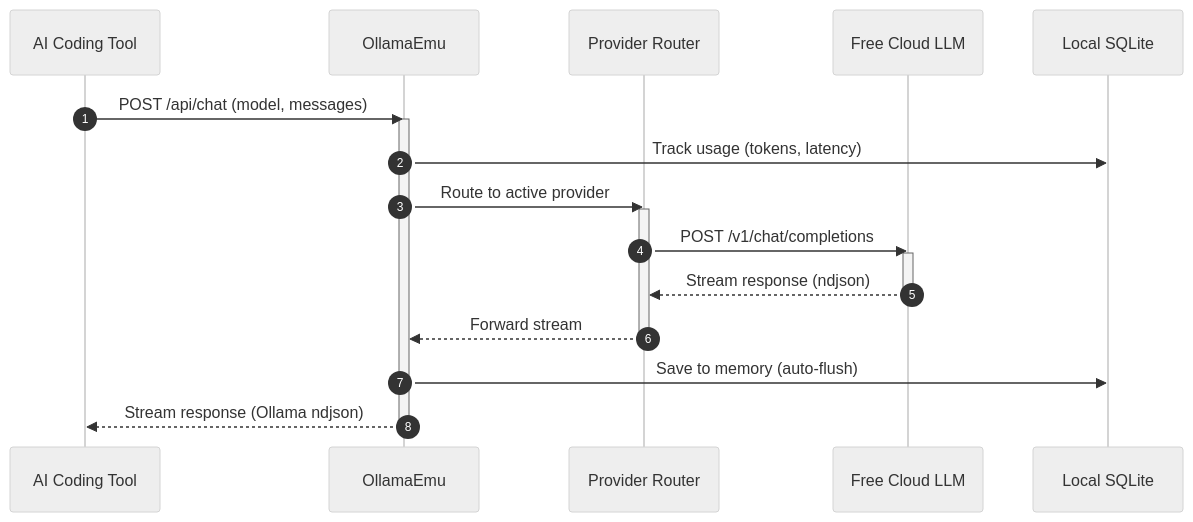
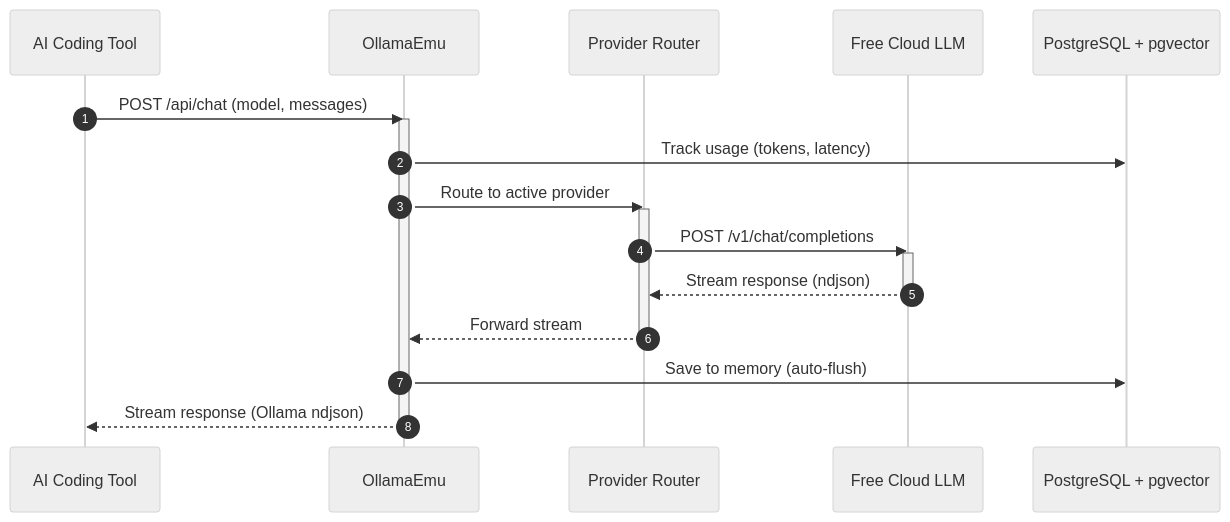
The fifth of 8 diagrams in README.md (rbkhan007/Ollama-Emulator-Desktop-Ultimate), drawn with Mermaid (neutral theme) before and after one commit. The commit also changed other lines of this file and 2 other files, not shown here.

````diff
--- a/README.md
+++ b/README.md
@@ -356,24 +360,24 @@
 ```mermaid
 sequenceDiagram
     autonumber
     participant Tool as AI Coding Tool
     participant Emu as OllamaEmu
     participant Router as Provider Router
     participant Cloud as Free Cloud LLM
-    participant DB as Local SQLite
+    participant DB as PostgreSQL + pgvector
 
     Tool->>Emu: POST /api/chat (model, messages)
     activate Emu
     Emu->>DB: Track usage (tokens, latency)
     Emu->>Router: Route to active provider
     activate Router
     Router->>Cloud: POST /v1/chat/completions
     activate Cloud
     Cloud-->>Router: Stream response (ndjson)
     deactivate Cloud
     Router-->>Emu: Forward stream
     deactivate Router
     Emu->>DB: Save to memory (auto-flush)
     Emu-->>Tool: Stream response (Ollama ndjson)
     deactivate Emu
 ```
````
